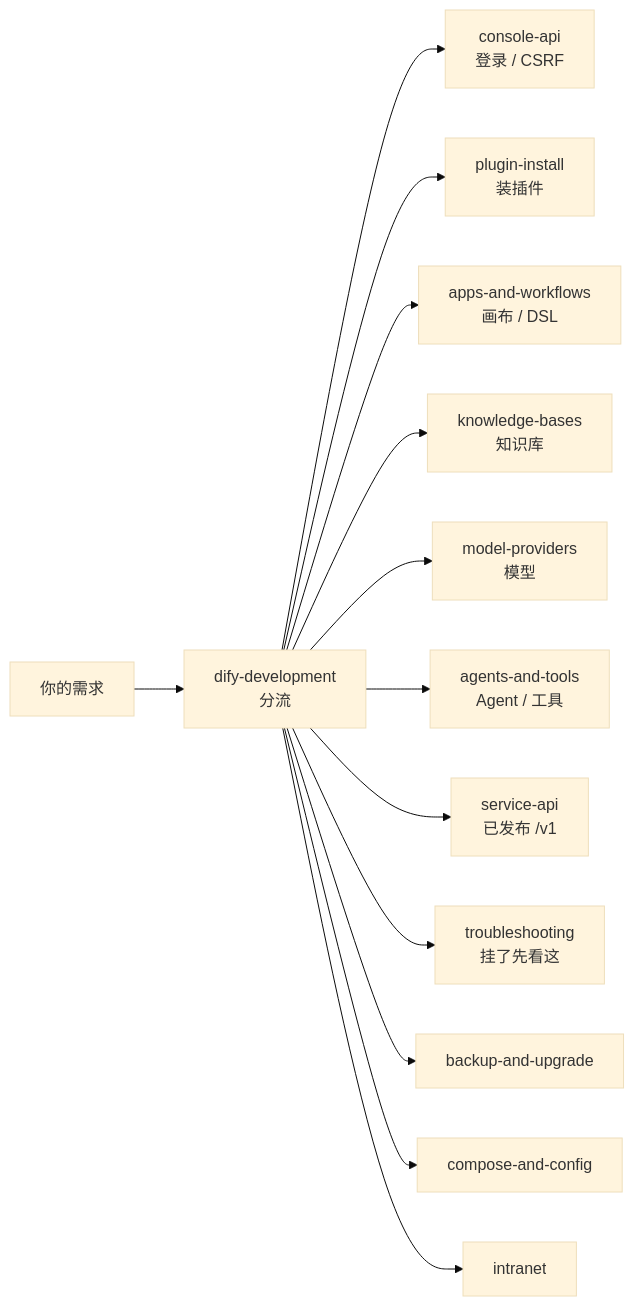
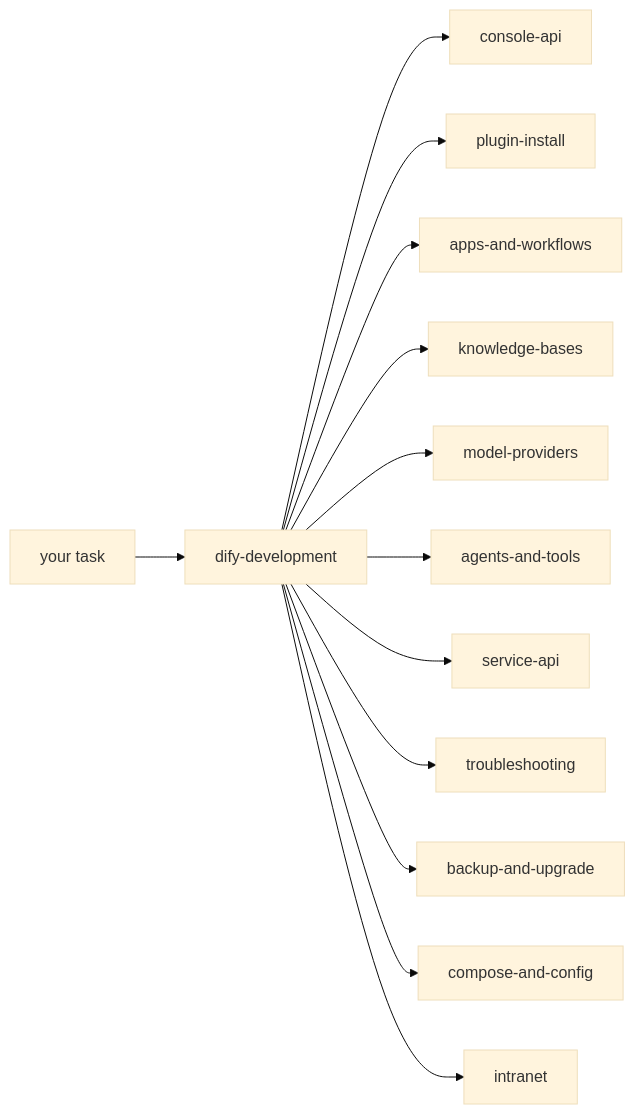
The first of 2 diagrams in README.md (kabishou11/dify-skills), drawn with Mermaid (base theme) before and after one commit. The commit also changed other lines of this file, not shown here.

````diff
--- a/README.md
+++ b/README.md
@@ -60,15 +28,15 @@
 ```mermaid
 flowchart LR
-  Q["你的需求"] --> R["dify-development<br/>分流"]
-  R --> C["console-api<br/>登录 / CSRF"]
-  R --> P["plugin-install<br/>装插件"]
-  R --> A["apps-and-workflows<br/>画布 / DSL"]
-  R --> K["knowledge-bases<br/>知识库"]
-  R --> M["model-providers<br/>模型"]
-  R --> G["agents-and-tools<br/>Agent / 工具"]
-  R --> S["service-api<br/>已发布 /v1"]
-  R --> T["troubleshooting<br/>挂了先看这"]
+  Q["your task"] --> R["dify-development"]
+  R --> C["console-api"]
+  R --> P["plugin-install"]
+  R --> A["apps-and-workflows"]
+  R --> K["knowledge-bases"]
+  R --> M["model-providers"]
+  R --> G["agents-and-tools"]
+  R --> S["service-api"]
+  R --> T["troubleshooting"]
   R --> B["backup-and-upgrade"]
   R --> CFG["compose-and-config"]
   R --> I["intranet"]
 ```
````
